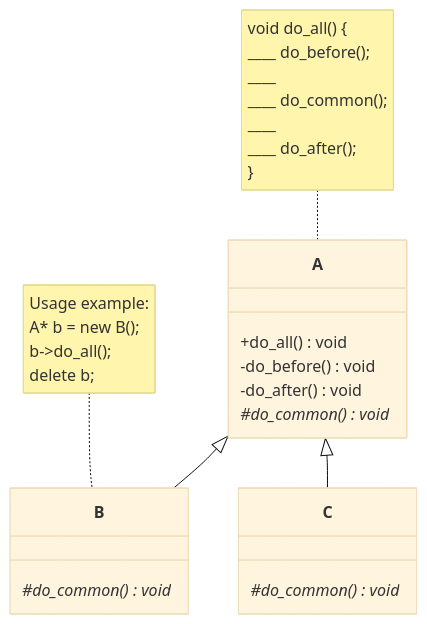
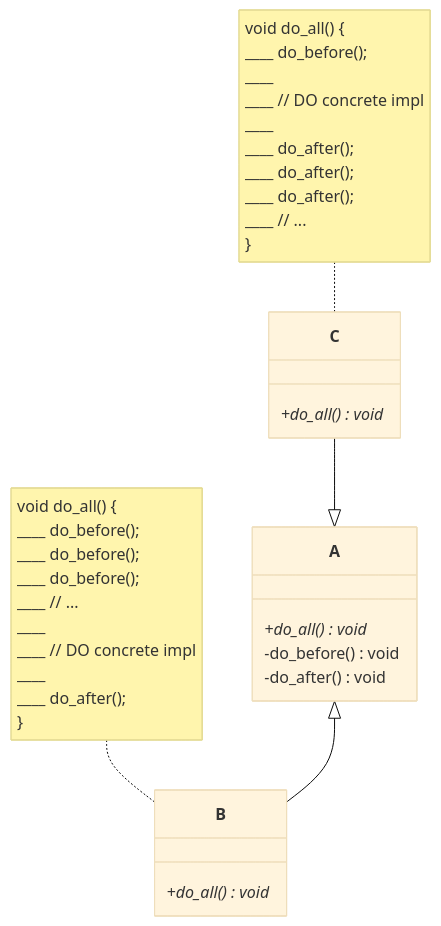
The diagram in dps/behavioral/template_method/v2/NOTE.md (Leartiz/try_patterns), drawn with Mermaid (base theme) before and after one commit. The commit also changed 5 other files, not shown here.

````diff
--- a/dps/behavioral/template_method/v2/NOTE.md
+++ b/dps/behavioral/template_method/v2/NOTE.md
@@ -5,32 +5,39 @@
 ```mermaid
 classDiagram
     class A {
-        +do_all() void
+        +do_all()* void
         -do_before() void
         -do_after() void
-        #do_common() void*
     }
-    note for A "void do_all() {
+
+    class B {
+        +do_all()* void
+    }
+    note for B "void do_all() {
         ____ do_before();
+        ____ do_before();
+        ____ do_before();
+        ____ // ...
         ____
-        ____ do_common();
+        ____ // DO concrete impl
         ____
         ____ do_after();
     }"
 
-    class B {
-        #do_common() void*
+    class C {
+        +do_all()* void
     }
-    note for B "Usage example:
-        A* b = new B();
-        b->do_all();
-        delete b;
-    "
-
-    class C {
-        #do_common() void*
-    }
+    note for C "void do_all() {
+        ____ do_before();
+        ____
+        ____ // DO concrete impl
+        ____
+        ____ do_after();
+        ____ do_after();
+        ____ do_after();
+        ____ // ...
+    }"
 
     A <|-- B
-    A <|-- C
+    C --|> A
 ```
````
